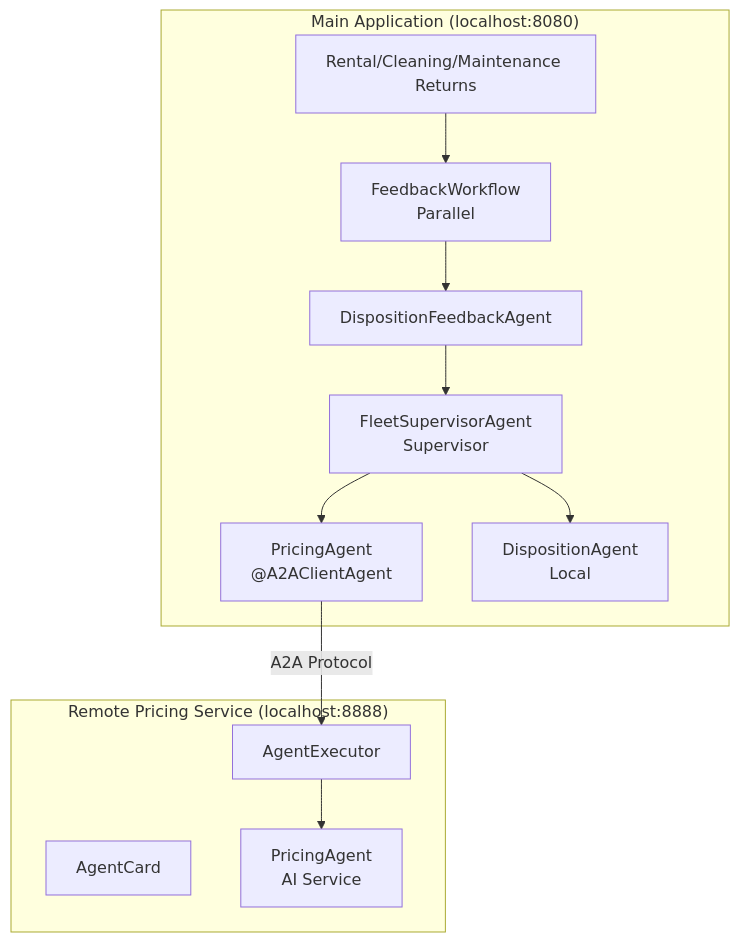
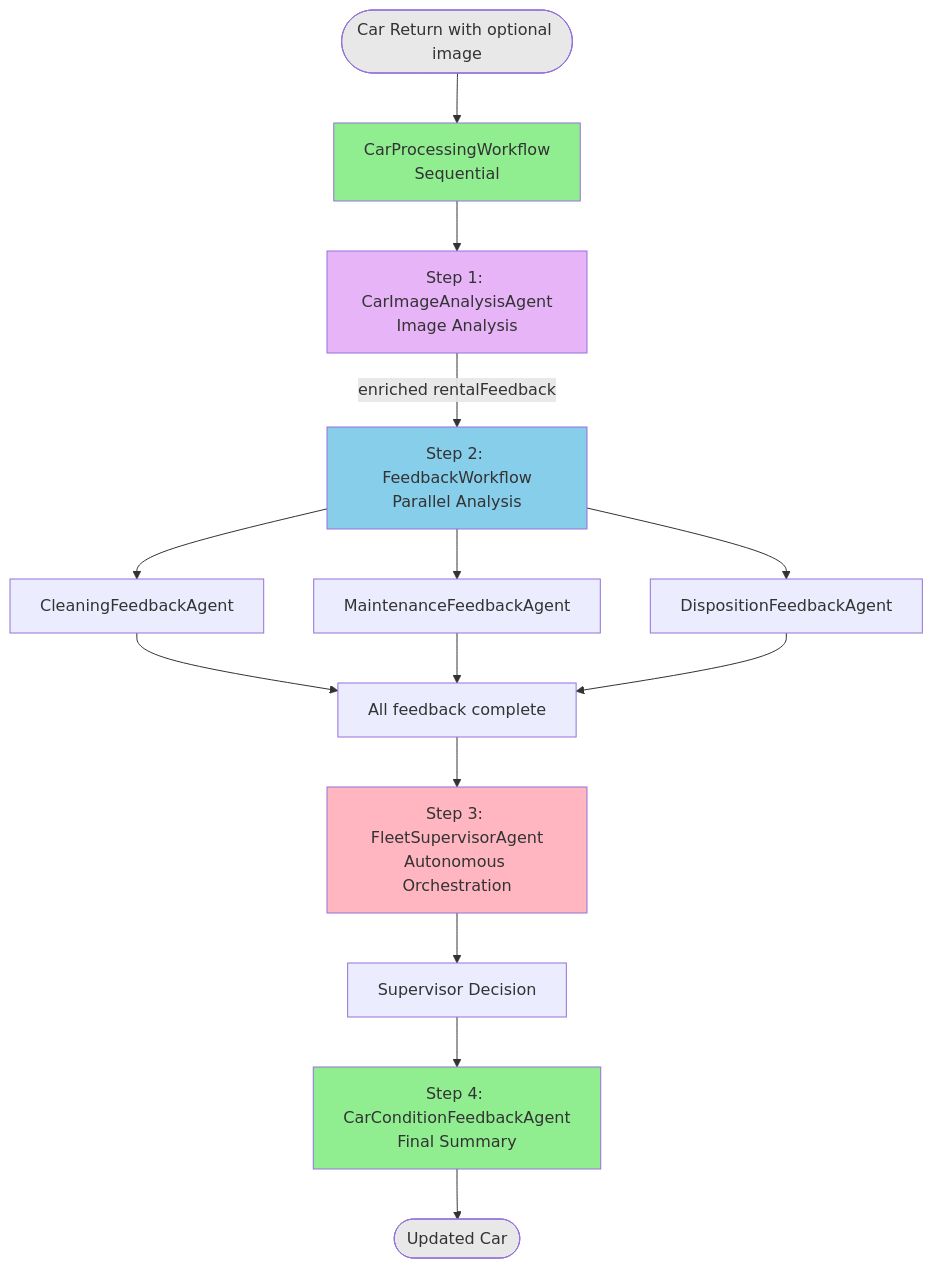
Before and after one commit to quarkusio/quarkus-workshop-langchain4j: the first of 2 diagrams in docs/docs/section-2/step-06.md, drawn with Mermaid. The commit also changed other lines of this file and 94 other files, not shown here.

````diff
--- a/docs/docs/section-2/step-06.md
+++ b/docs/docs/section-2/step-06.md
@@ -135,28 +73,27 @@
 ```mermaid
-graph TD
-    subgraph "Main Application (localhost:8080)"
-        R[Rental/Cleaning/Maintenance Returns]
-        FW[FeedbackWorkflow<br/>Parallel]
-        DFA[DispositionFeedbackAgent]
-        FSA[FleetSupervisorAgent<br/>Supervisor]
-        PAC["PricingAgent<br/>@A2AClientAgent"]
-        DA[DispositionAgent<br/>Local]
+graph TB
+    Start([Car Return with optional image]) --> A[CarProcessingWorkflow<br/>Sequential]
 
-        R --> FW
-        FW --> DFA
-        DFA --> FSA
-        FSA --> PAC
-        FSA --> DA
-    end
+    A --> IMG[Step 1: CarImageAnalysisAgent<br/>Image Analysis]
+    IMG -->|enriched rentalFeedback| B[Step 2: FeedbackWorkflow<br/>Parallel Analysis]
+    B --> B1[CleaningFeedbackAgent]
+    B --> B2[MaintenanceFeedbackAgent]
+    B --> B3[DispositionFeedbackAgent]
+    B1 --> BEnd[All feedback complete]
+    B2 --> BEnd
+    B3 --> BEnd
 
-    subgraph "Remote Pricing Service (localhost:8888)"
-        AC[AgentCard]
-        AE[AgentExecutor]
-        PAI[PricingAgent<br/>AI Service]
+    BEnd --> C[Step 3: FleetSupervisorAgent<br/>Autonomous Orchestration]
+    C --> CEnd[Supervisor Decision]
 
-        AE --> PAI
-    end
+    CEnd --> D[Step 4: CarConditionFeedbackAgent<br/>Final Summary]
+    D --> End([Updated Car])
 
-    PAC -->|A2A Protocol| AE
-
+    style A fill:#90EE90
+    style IMG fill:#E8B4F8
+    style B fill:#87CEEB
+    style C fill:#FFB6C1
+    style D fill:#90EE90
+    style Start fill:#E8E8E8
+    style End fill:#E8E8E8
 ```
````
